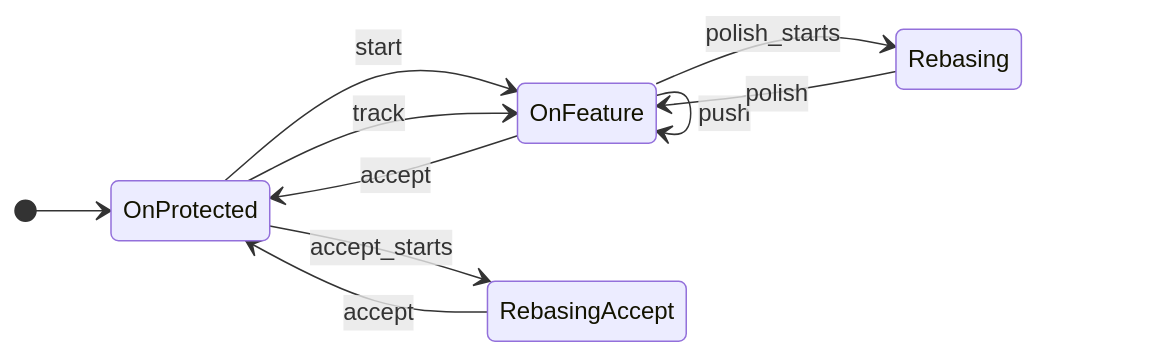
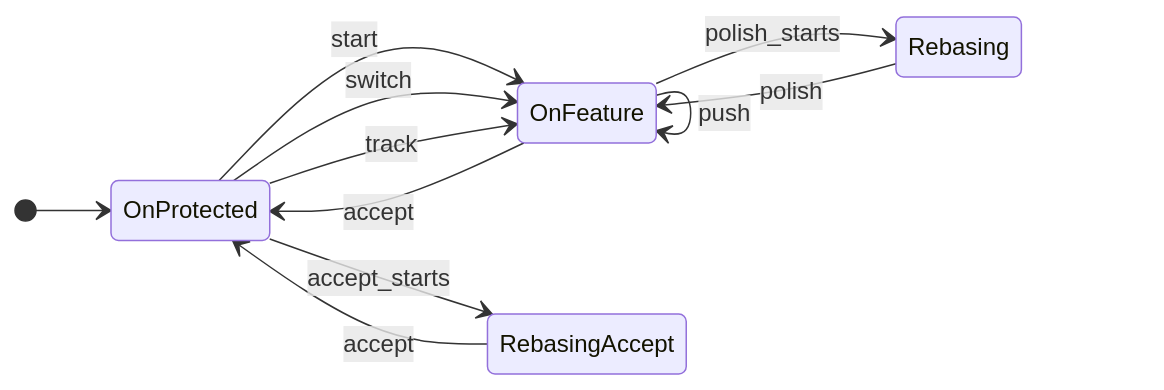
One commit to extsoft/elegant-git changed the first of 2 diagrams in docs/08-00-work.md. Above: the diagram before and after it, drawn with Mermaid. The commit also changed other lines of this file and 13 other files, not shown here.

````diff
--- a/docs/08-00-work.md
+++ b/docs/08-00-work.md
@@ -37,16 +39,17 @@
 ```mermaid
 stateDiagram-v2
   direction LR
   [*] --> OnProtected
   OnProtected --> OnFeature: start
+  OnProtected --> OnFeature: switch
   OnProtected --> OnFeature: track
   OnFeature --> OnFeature: save
   OnFeature --> OnFeature: polish
   OnFeature --> OnFeature: sync
   OnFeature --> OnFeature: push
   OnFeature --> OnProtected: accept
   OnFeature --> Rebasing: polish_starts
   Rebasing --> OnFeature: polish
   OnProtected --> RebasingAccept: accept_starts
   RebasingAccept --> OnProtected: accept
 ```
````
